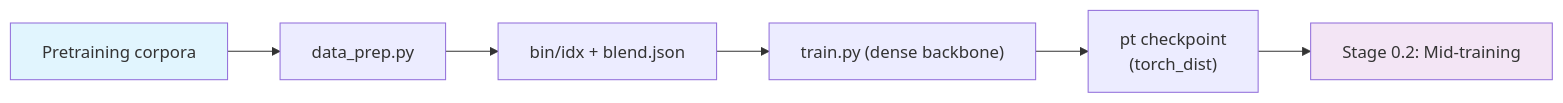
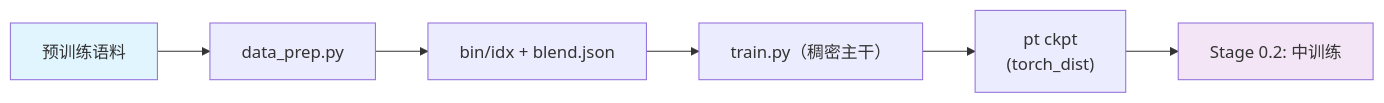
One commit to zongzhilou/shensi changed the diagram in src/shensi/recipes/shensi/stage0_pretrain/stage1_pretrain/README.md. Above: the diagram before and after it, drawn with Mermaid. The commit also changed other lines of this file and 13 other files, not shown here.

````diff
--- a/src/shensi/recipes/shensi/stage0_pretrain/stage1_pretrain/README.md
+++ b/src/shensi/recipes/shensi/stage0_pretrain/stage1_pretrain/README.md
@@ -136,9 +127,8 @@
 ```mermaid
 flowchart LR
-    raw["Pretraining corpora"] --> dp["data_prep.py"] --> d["bin/idx + blend.json"]
-    d --> tr["train.py (dense backbone)"] --> ckpt["pt checkpoint<br/>(torch_dist)"]
-    ckpt --> next["Stage 0.2: Mid-training"]
-
+    raw["预训练语料"] --> dp["data_prep.py"] --> d["bin/idx + blend.json"]
+    d --> tr["train.py（稠密主干）"] --> ckpt["pt ckpt<br/>(torch_dist)"]
+    ckpt --> next["Stage 0.2: 中训练"]
     style raw fill:#e1f5fe
     style next fill:#f3e5f5
 ```
````
